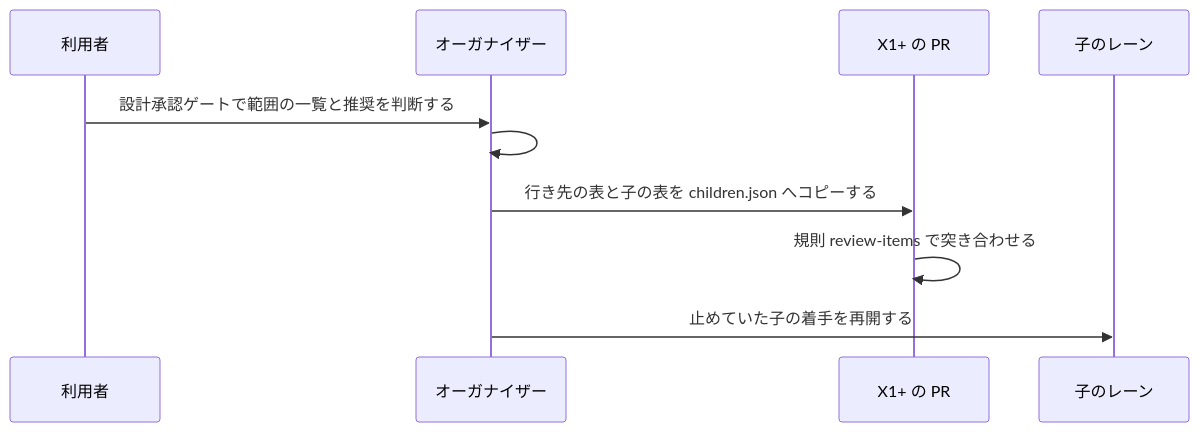
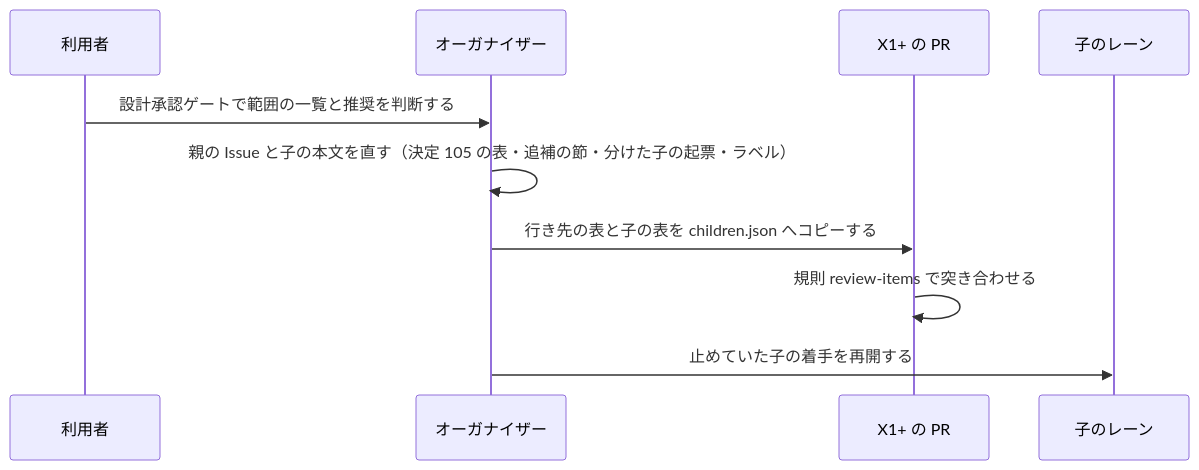
Before and after one commit to devbasex/ai-plugins: the second of 2 diagrams in issues/issue-3395-design.md, drawn with Mermaid. The commit also changed other lines of this file and 1 other file, not shown here.

Commit message:
Docs: #3395 の設計の決定 120 に理由を足し、目的の件数と処理の流れの図の語を直す

````diff
--- a/issues/issue-3395-design.md
+++ b/issues/issue-3395-design.md
@@ -177,12 +177,12 @@
 ```mermaid
 sequenceDiagram
     participant U as 利用者
     participant O as オーガナイザー
     participant X as X1+ の PR
     participant L as 子のレーン
     U->>O: 設計承認ゲートで範囲の一覧と推奨を判断する
-    O->>O: #1142 と子の本文を直す（決定 105 の表・追補の節・分けた子の起票・ラベル）
+    O->>O: 親の Issue と子の本文を直す（決定 105 の表・追補の節・分けた子の起票・ラベル）
     O->>X: 行き先の表と子の表を children.json へコピーする
     X->>X: 規則 review-items で突き合わせる
     O->>L: 止めていた子の着手を再開する
 ```
````
